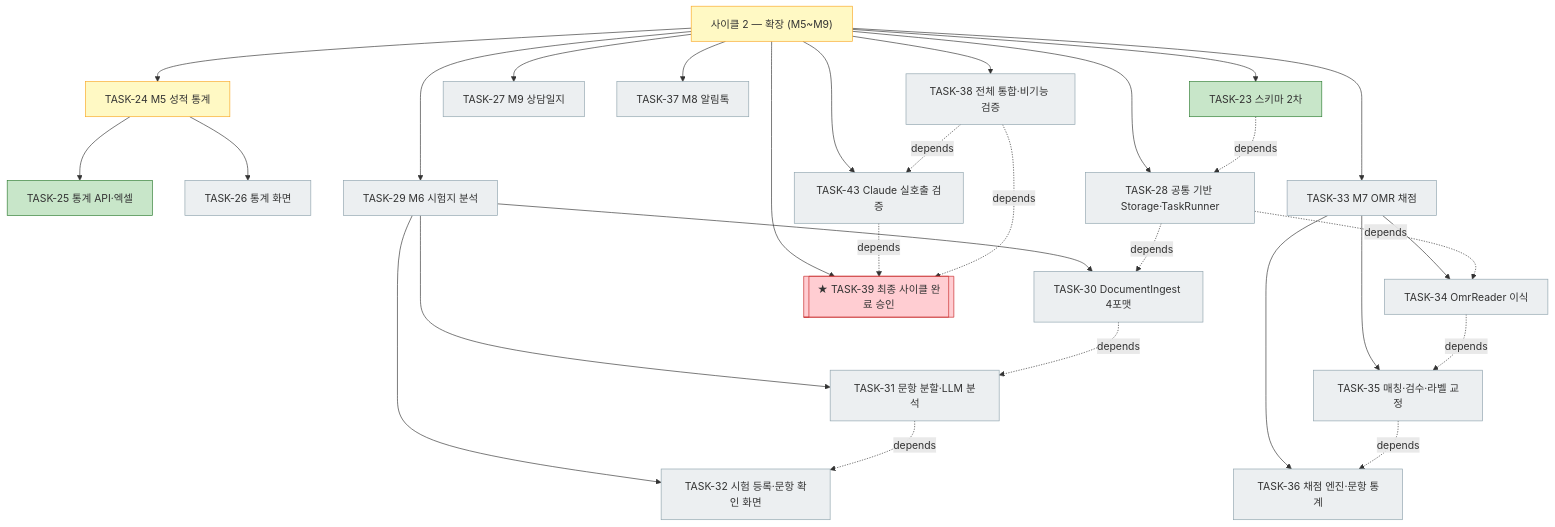
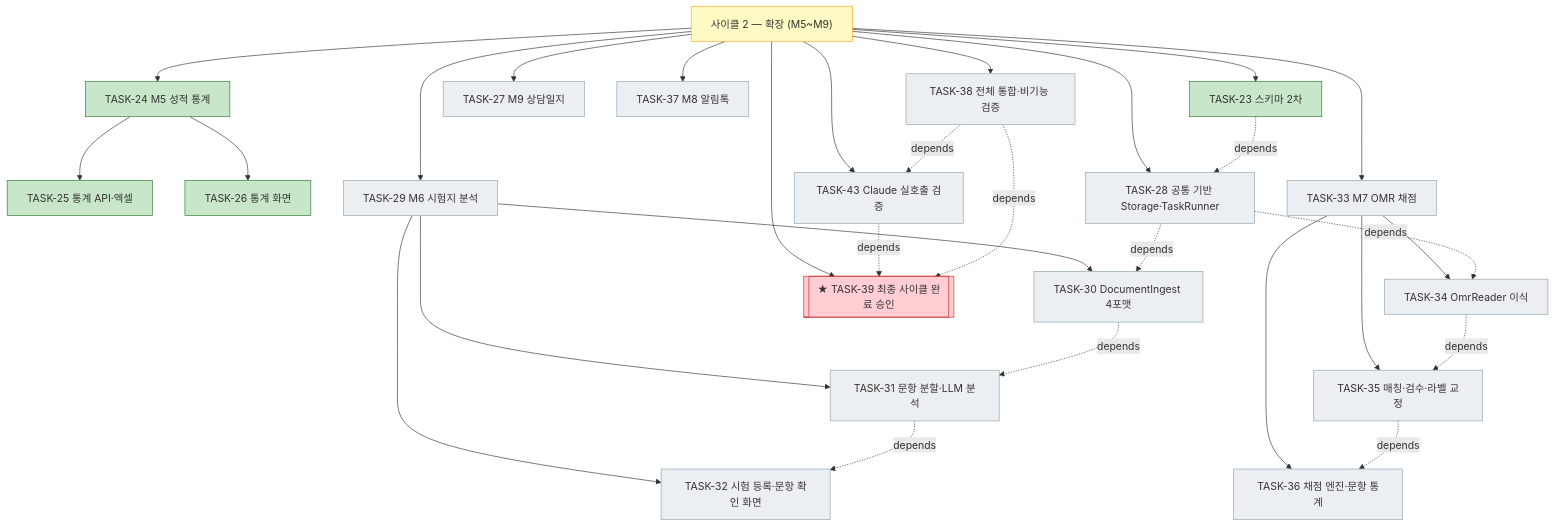
Before and after one commit to bluesky5008/mathdesk: the third of 4 diagrams in docs/plan.md, drawn with Mermaid. The commit also changed other lines of this file and 12 other files, not shown here.

````diff
--- a/docs/plan.md
+++ b/docs/plan.md
@@ -184,36 +184,36 @@
 ```mermaid
 flowchart TD
     C2["사이클 2 — 확장 (M5~M9)"]:::active
     C2 --> T23["TASK-23 스키마 2차"]:::done
-    C2 --> T24["TASK-24 M5 성적 통계"]:::active
+    C2 --> T24["TASK-24 M5 성적 통계"]:::done
     T24 --> T25["TASK-25 통계 API·엑셀"]:::done
-    T24 --> T26["TASK-26 통계 화면"]:::todo
+    T24 --> T26["TASK-26 통계 화면"]:::done
     C2 --> T27["TASK-27 M9 상담일지"]:::todo
     C2 --> T28["TASK-28 공통 기반 Storage·TaskRunner"]:::todo
     C2 --> T29["TASK-29 M6 시험지 분석"]:::todo
     T29 --> T30["TASK-30 DocumentIngest 4포맷"]:::todo
     T29 --> T31["TASK-31 문항 분할·LLM 분석"]:::todo
     T29 --> T32["TASK-32 시험 등록·문항 확인 화면"]:::todo
     C2 --> T33["TASK-33 M7 OMR 채점"]:::todo
     T33 --> T34["TASK-34 OmrReader 이식"]:::todo
     T33 --> T35["TASK-35 매칭·검수·라벨 교정"]:::todo
     T33 --> T36["TASK-36 채점 엔진·문항 통계"]:::todo
     C2 --> T37["TASK-37 M8 알림톡"]:::todo
     C2 --> T38["TASK-38 전체 통합·비기능 검증"]:::todo
     C2 --> T43["TASK-43 Claude 실호출 검증"]:::todo
     C2 --> T39[["★ TASK-39 최종 사이클 완료 승인"]]:::gate
     T23 -. depends .-> T28
     T28 -. depends .-> T30
     T30 -. depends .-> T31
     T31 -. depends .-> T32
     T28 -. depends .-> T34
     T34 -. depends .-> T35
     T35 -. depends .-> T36
     T38 -. depends .-> T43
     T43 -. depends .-> T39
     T38 -. depends .-> T39
     classDef done fill:#c8e6c9,stroke:#2e7d32
     classDef active fill:#fff9c4,stroke:#f9a825
     classDef todo fill:#eceff1,stroke:#90a4ae
     classDef gate fill:#ffcdd2,stroke:#c62828
 ```
````
